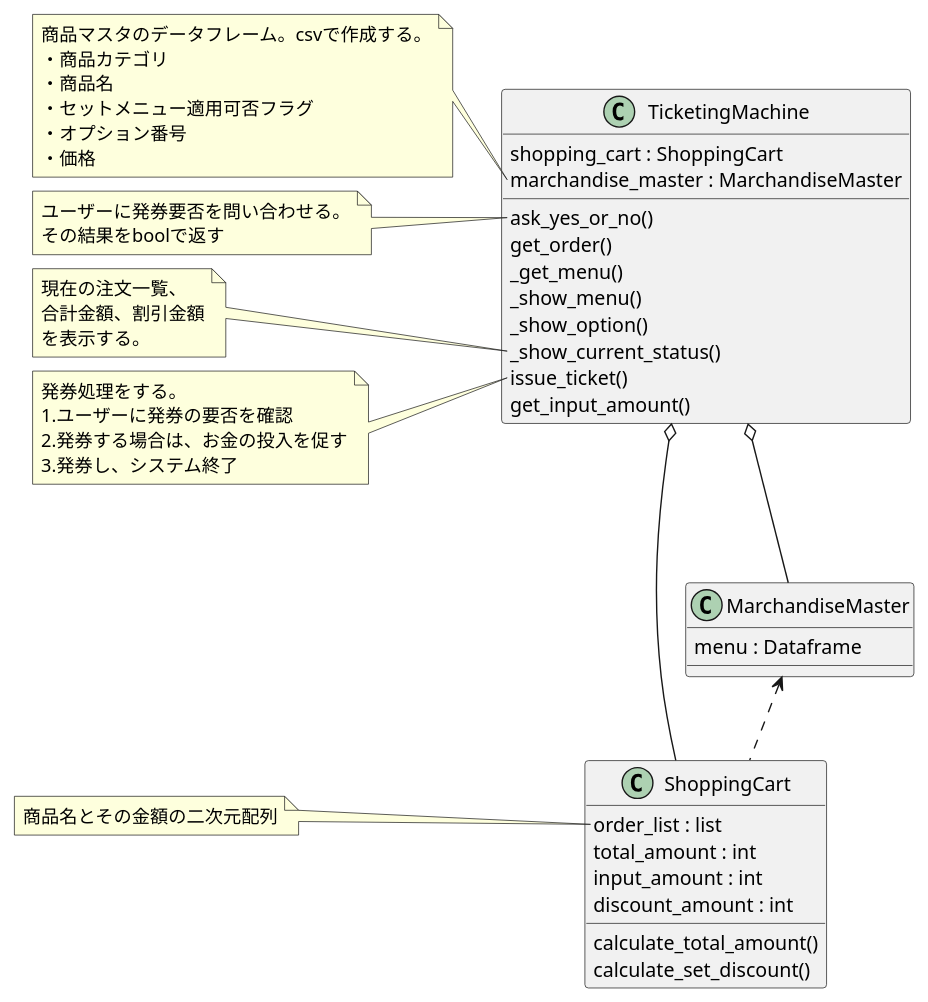
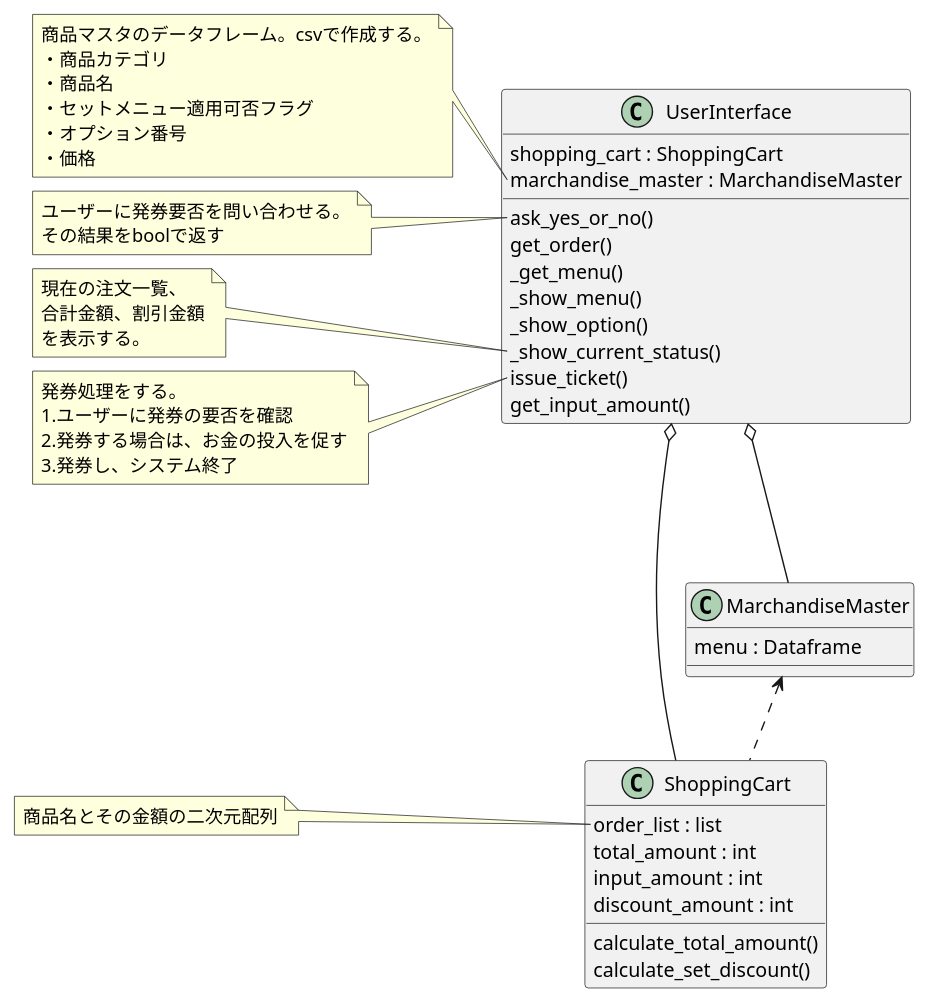
Before and after one commit to Design-Practice-Team/design: the fourth of 7 diagrams in AP_H31_Spring_PM03/Suzuki/try1/ticket_machine.md, drawn with PlantUML. The commit also changed other lines of this file and 5 other files, not shown here.

````diff
--- a/AP_H31_Spring_PM03/Suzuki/try1/ticket_machine.md
+++ b/AP_H31_Spring_PM03/Suzuki/try1/ticket_machine.md
@@ -86,76 +86,76 @@
 ```plantuml
 @startuml
-TicketingMachine o-- ShoppingCart
-TicketingMachine o-- MarchandiseMaster
+UserInterface o-- ShoppingCart
+UserInterface o-- MarchandiseMaster
 MarchandiseMaster <.. ShoppingCart
 
-class TicketingMachine {
+class UserInterface {
     shopping_cart : ShoppingCart
     marchandise_master : MarchandiseMaster
     ask_yes_or_no()
     get_order()
     _get_menu()
     _show_menu()
     _show_option()
     _show_current_status()
     issue_ticket()
     get_input_amount()
 }
 
-note left of TicketingMachine::marchandise_master
+note left of UserInterface::marchandise_master
     商品マスタのデータフレーム。csvで作成する。
     ・商品カテゴリ
     ・商品名
     ・セットメニュー適用可否フラグ
     ・オプション番号
     ・価格
 end note
 
-note left of TicketingMachine::ask_yes_or_no()
+note left of UserInterface::ask_yes_or_no()
     ユーザーにyesかnoかを問い合わせる。
     その結果をboolで返す
 end note 
 
-note left of TicketingMachine::_show_current_status()
+note left of UserInterface::_show_current_status()
     現在の注文一覧、
     合計金額、割引金額
     を表示する。
 end note
 
-note left of TicketingMachine::ask_yes_or_no()
+note left of UserInterface::ask_yes_or_no()
     ユーザーに発券要否を問い合わせる。
     その結果をboolで返す
 end note
 
-note left of TicketingMachine::issue_ticket
+note left of UserInterface::issue_ticket
     発券処理をする。
     1.ユーザーに発券の要否を確認
     2.発券する場合は、お金の投入を促す
     3.発券し、システム終了
 end note
 
 class ShoppingCart {
     order_list : list
     total_amount : int
     input_amount : int
     discount_amount : int
     calculate_total_amount()
     calculate_set_discount()
 }
 
 note left of ShoppingCart::order_list
     商品名とその金額の二次元配列
 end note
 
 note left of ShoppingCart::ask_yes_or_no()
     発券可能な状態か判定する。発券可能となる条件は下記。
     ・order_listを参照し、メインメニューが1つ選択されている
     ・投入金額 > 合計商品 となる場合
 end note
 
 class MarchandiseMaster {
     menu : Dataframe
 }
 
 @enduml
 ```
````
